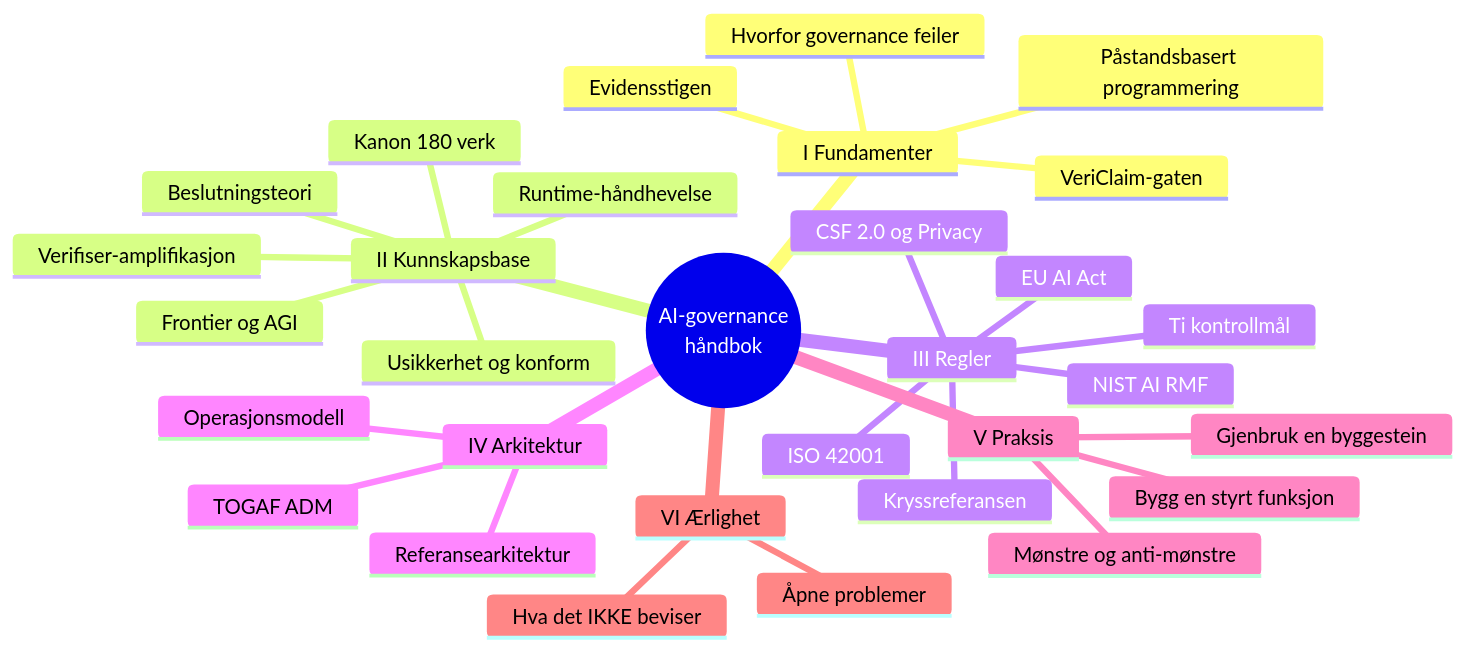
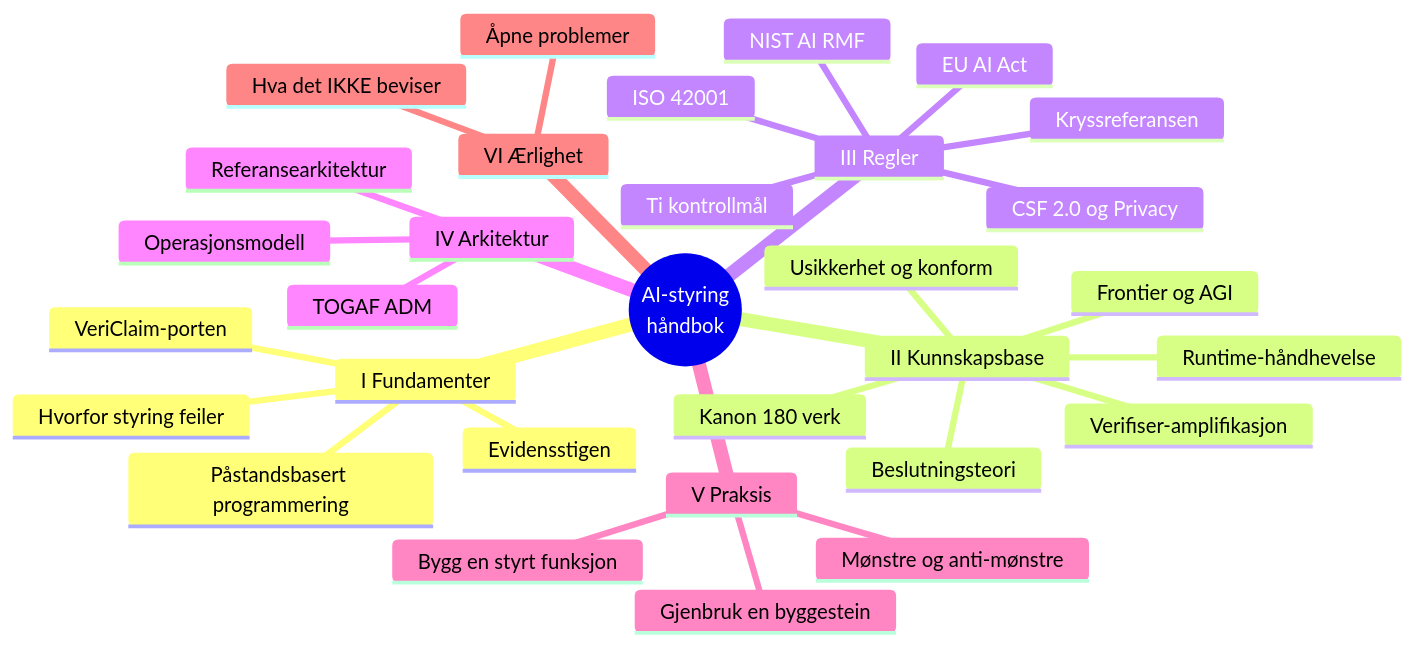
The first of 20 diagrams in docs/governance/frontier-ai-governance-master_NO_nb.md (darklordVirtual/vericlaim), drawn with Mermaid before and after one commit. The commit also changed other lines of this file and 14 other files, not shown here.

````diff
--- a/docs/governance/frontier-ai-governance-master_NO_nb.md
+++ b/docs/governance/frontier-ai-governance-master_NO_nb.md
@@ -44,34 +44,34 @@
 ```mermaid
 mindmap
-  root((AI-governance<br/>håndbok))
+  root((AI-styring<br/>håndbok))
     I Fundamenter
-      Hvorfor governance feiler
+      Hvorfor styring feiler
       Påstandsbasert programmering
       Evidensstigen
-      VeriClaim-gaten
+      VeriClaim-porten
     II Kunnskapsbase
       Kanon 180 verk
       Usikkerhet og konform
       Verifiser-amplifikasjon
       Beslutningsteori
       Runtime-håndhevelse
       Frontier og AGI
     III Regler
       NIST AI RMF
       EU AI Act
       ISO 42001
       CSF 2.0 og Privacy
       Kryssreferansen
       Ti kontrollmål
     IV Arkitektur
       TOGAF ADM
       Referansearkitektur
       Operasjonsmodell
     V Praksis
       Bygg en styrt funksjon
       Gjenbruk en byggestein
       Mønstre og anti-mønstre
     VI Ærlighet
       Hva det IKKE beviser
       Åpne problemer
 ```
````
